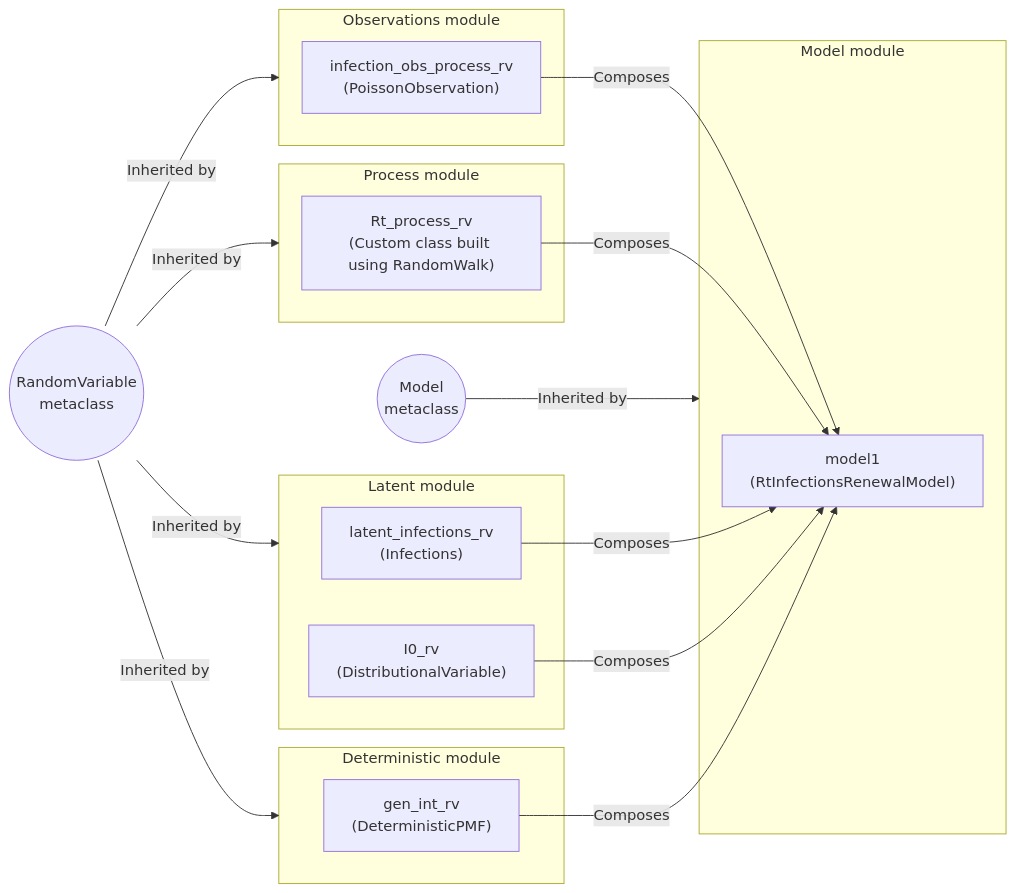
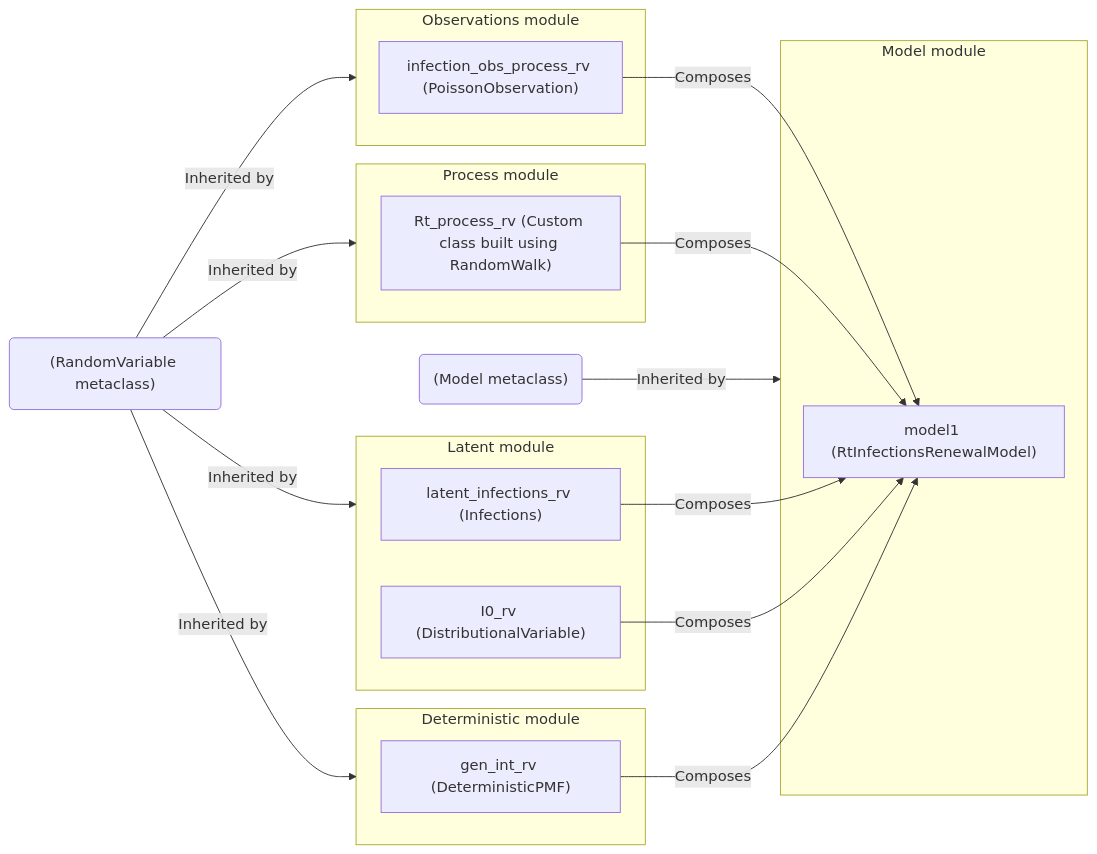
The diagram in docs/tutorials/basic_renewal_model.qmd (CDCgov/PyRenew), drawn with Mermaid before and after one commit. The commit also changed other lines of this file and 2 other files, not shown here.

Commit message:
fix mermaid diagrams

````diff
--- a/docs/tutorials/basic_renewal_model.qmd
+++ b/docs/tutorials/basic_renewal_model.qmd
@@ -51,40 +49,39 @@
 ```mermaid
-%%| label: overview-of-RtInfectionsRenewalModel
-%%| include: true
 flowchart LR
-    rand((RandomVariable\nmetaclass))
-    models((Model\nmetaclass))
 
-    subgraph observations[Observations module]
-        obs["infection_obs_process_rv\n(PoissonObservation)"]
+    rand("(RandomVariable metaclass)")
+    models("(Model metaclass)")
+
+    subgraph observations["Observations module"]
+        obs["infection_obs_process_rv (PoissonObservation)"]
     end
 
-    subgraph latent[Latent module]
-        inf["latent_infections_rv\n(Infections)"]
-        i0["I0_rv\n(DistributionalVariable)"]
+    subgraph latent["Latent module"]
+        inf["latent_infections_rv (Infections)"]
+        i0["I0_rv (DistributionalVariable)"]
     end
 
-    subgraph process[Process module]
-        rt["Rt_process_rv\n(Custom class built using RandomWalk)"]
+    subgraph process["Process module"]
+        rt["Rt_process_rv (Custom class built using RandomWalk)"]
     end
 
-    subgraph deterministic[Deterministic module]
-        detpmf["gen_int_rv\n(DeterministicPMF)"]
+    subgraph deterministic["Deterministic module"]
+        detpmf["gen_int_rv (DeterministicPMF)"]
     end
 
     subgraph model[Model module]
-        model1["model1\n(RtInfectionsRenewalModel)"]
+        model1["model1 (RtInfectionsRenewalModel)"]
     end
 
     rand-->|Inherited by|observations
     rand-->|Inherited by|process
     rand-->|Inherited by|latent
     rand-->|Inherited by|deterministic
     models-->|Inherited by|model
 
     detpmf-->|Composes|model1
     i0-->|Composes|model1
     rt-->|Composes|model1
     obs-->|Composes|model1
     inf-->|Composes|model1
 ```
````
